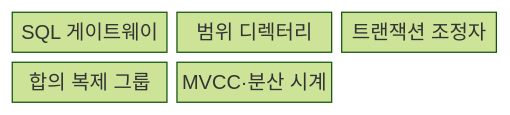
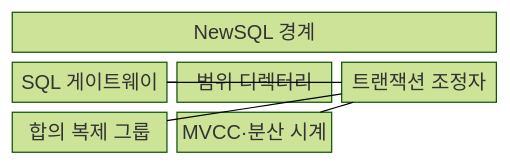
Before and after one commit to agnusdei1207/knowledge-base: the first of 2 diagrams in src/content/docs/notes/03-software/115_newsql.md, drawn with Mermaid (forest theme). The commit also changed other lines of this file and 20 other files, not shown here.

````diff
--- a/src/content/docs/notes/03-software/115_newsql.md
+++ b/src/content/docs/notes/03-software/115_newsql.md
@@ -61,9 +64,14 @@
 ```mermaid
-block-beta
+block
   columns 3
+  A["NewSQL 경계"]:3
   G["SQL 게이트웨이"]
   D["범위 디렉터리"]
   C["트랜잭션 조정자"]
   R["합의 복제 그룹"]
   M["MVCC·분산 시계"]
+  G --- D
+  G --- C
+  C --- R
+  C --- M
 ```
````
